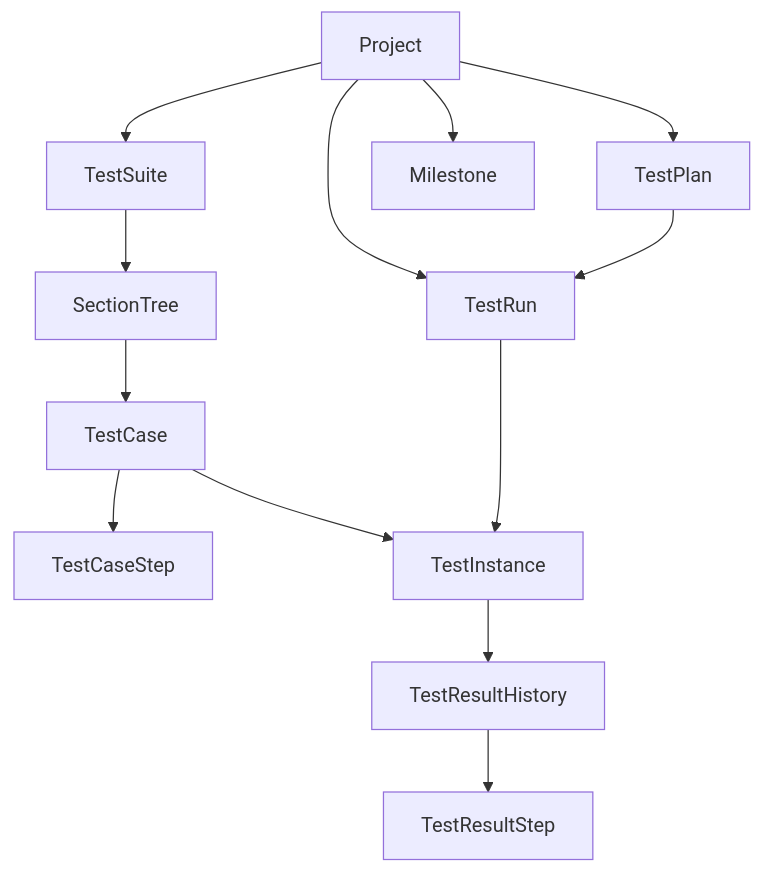
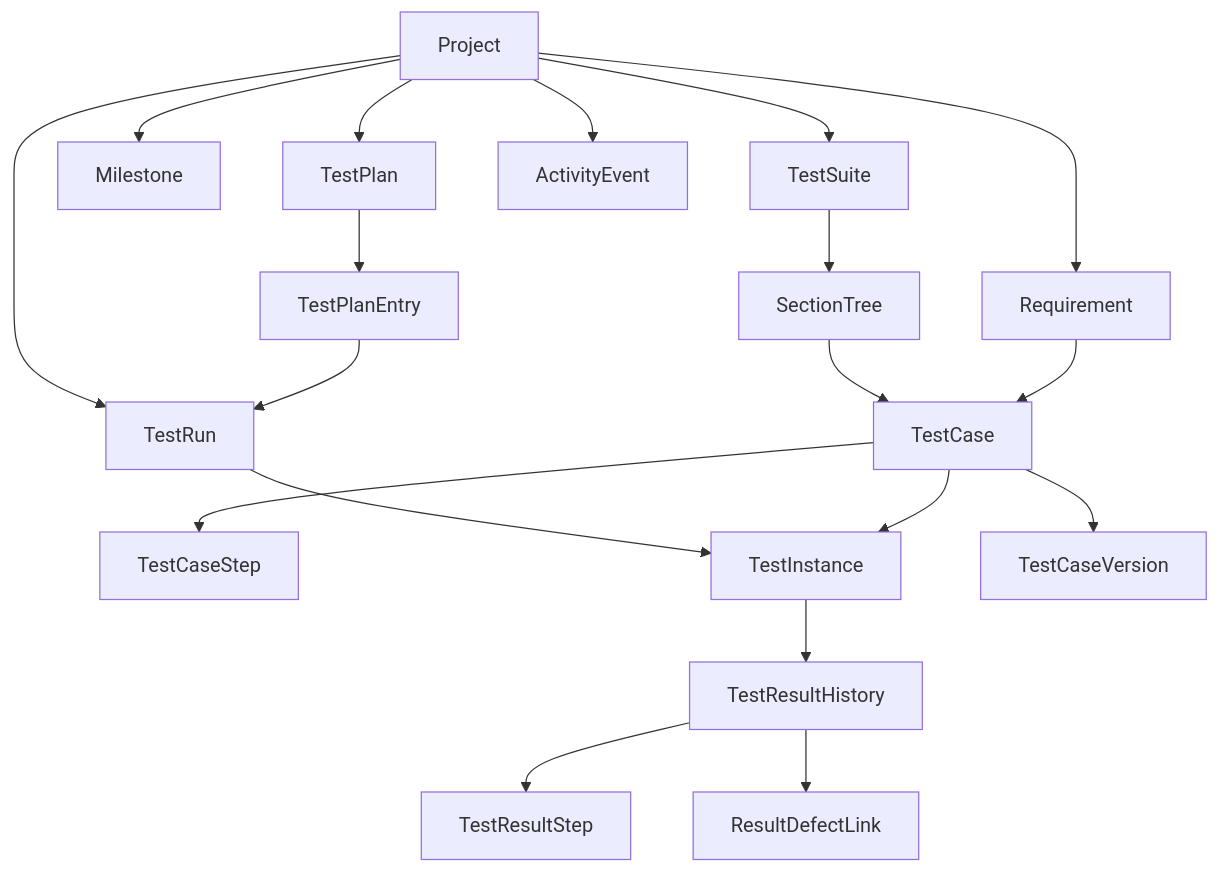
One commit to mrt1847-test/testrail-clone changed the diagram in docs/DOMAIN_MODEL.md. Above: the diagram before and after it, drawn with Mermaid. The commit also changed other lines of this file and 81 other files, not shown here.

````diff
--- a/docs/DOMAIN_MODEL.md
+++ b/docs/DOMAIN_MODEL.md
@@ -115,18 +156,24 @@
 ```mermaid
 flowchart TD
   project[Project] --> suite[TestSuite]
   suite --> section[SectionTree]
   section --> testCase[TestCase]
   testCase --> caseStep[TestCaseStep]
 
   project --> run[TestRun]
   run --> testInstance[TestInstance]
   testCase --> testInstance
+  testCase --> caseVersion[TestCaseVersion]
 
   testInstance --> testResult[TestResultHistory]
   testResult --> resultStep[TestResultStep]
+  testResult --> defect[ResultDefectLink]
 
   project --> milestone[Milestone]
   project --> plan[TestPlan]
-  plan --> run
+  plan --> planEntry[TestPlanEntry]
+  planEntry --> run
+  project --> requirement[Requirement]
+  requirement --> testCase
+  project --> activity[ActivityEvent]
 ```
````
